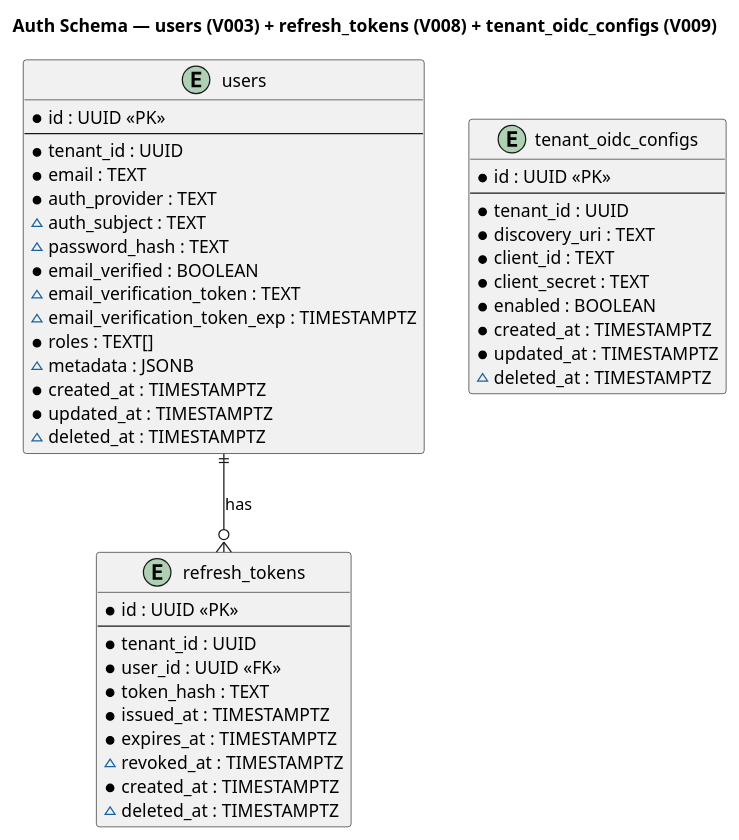
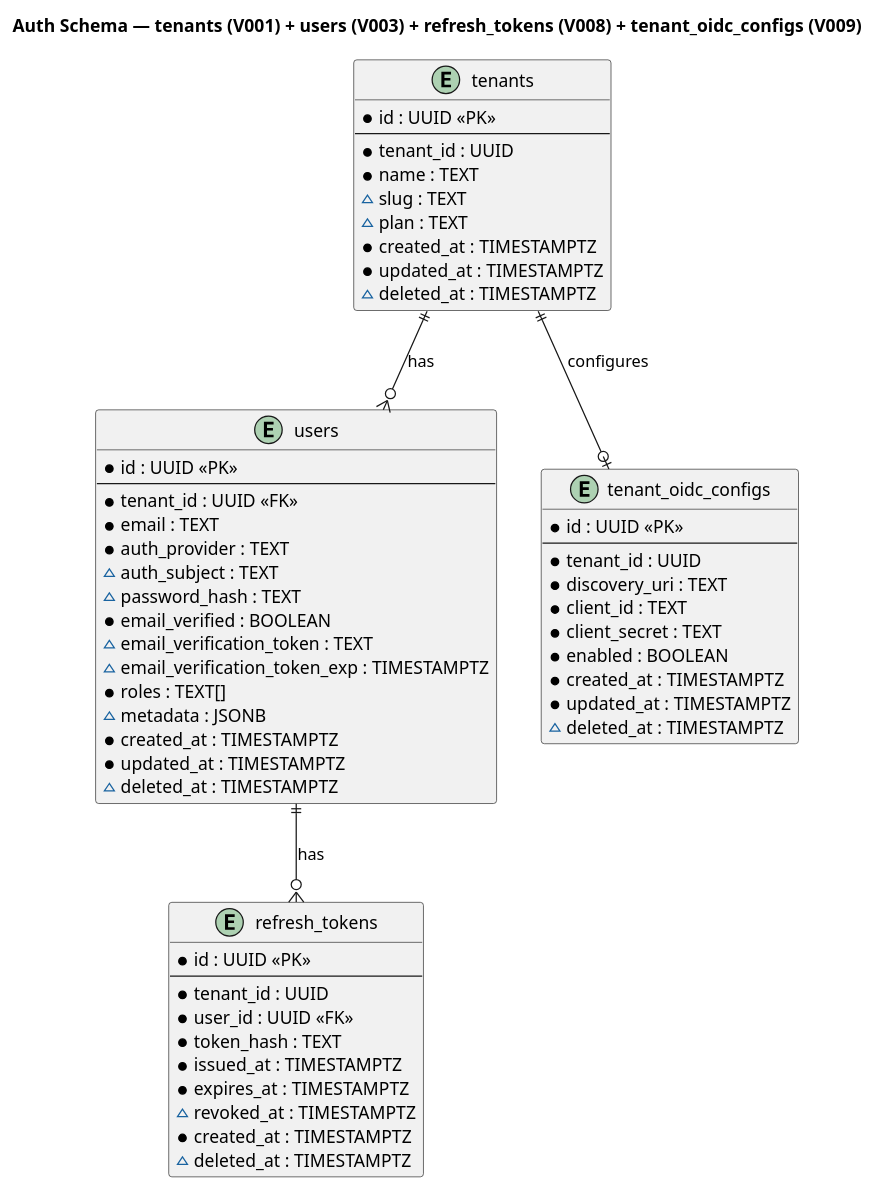
One commit to allanweber/cartogra changed the diagram in docs/diagrams/gateway/auth-schema-er.puml. Above: the diagram before and after it, drawn with PlantUML. The commit also changed 3 other files, not shown here.

```diff
--- a/docs/diagrams/gateway/auth-schema-er.puml
+++ b/docs/diagrams/gateway/auth-schema-er.puml
@@ -1,49 +1,63 @@
 @startuml
-title Auth Schema — users (V003) + refresh_tokens (V008) + tenant_oidc_configs (V009)
+title Auth Schema — tenants (V001) + users (V003) + refresh_tokens (V008) + tenant_oidc_configs (V009)
+
+entity "tenants" {
+  * id : UUID <<PK>>
+  --
+  * tenant_id : UUID
+  * name : TEXT
+  ~ slug : TEXT
+  ~ plan : TEXT
+  * created_at : TIMESTAMPTZ
+  * updated_at : TIMESTAMPTZ
+  ~ deleted_at : TIMESTAMPTZ
+}
 
 entity "users" {
   * id : UUID <<PK>>
   --
-  * tenant_id : UUID
+  * tenant_id : UUID <<FK>>
   * email : TEXT
   * auth_provider : TEXT
   ~ auth_subject : TEXT
   ~ password_hash : TEXT
   * email_verified : BOOLEAN
   ~ email_verification_token : TEXT
   ~ email_verification_token_exp : TIMESTAMPTZ
   * roles : TEXT[]
   ~ metadata : JSONB
   * created_at : TIMESTAMPTZ
   * updated_at : TIMESTAMPTZ
   ~ deleted_at : TIMESTAMPTZ
 }
 
 entity "refresh_tokens" {
   * id : UUID <<PK>>
   --
   * tenant_id : UUID
   * user_id : UUID <<FK>>
   * token_hash : TEXT
   * issued_at : TIMESTAMPTZ
   * expires_at : TIMESTAMPTZ
   ~ revoked_at : TIMESTAMPTZ
   * created_at : TIMESTAMPTZ
   ~ deleted_at : TIMESTAMPTZ
 }
 
 entity "tenant_oidc_configs" {
   * id : UUID <<PK>>
   --
   * tenant_id : UUID
   * discovery_uri : TEXT
   * client_id : TEXT
   * client_secret : TEXT
   * enabled : BOOLEAN
   * created_at : TIMESTAMPTZ
   * updated_at : TIMESTAMPTZ
   ~ deleted_at : TIMESTAMPTZ
 }
 
+tenants ||--o{ users : "has"
 users ||--o{ refresh_tokens : "has"
+tenants ||--o| tenant_oidc_configs : "configures"
 @enduml
```
